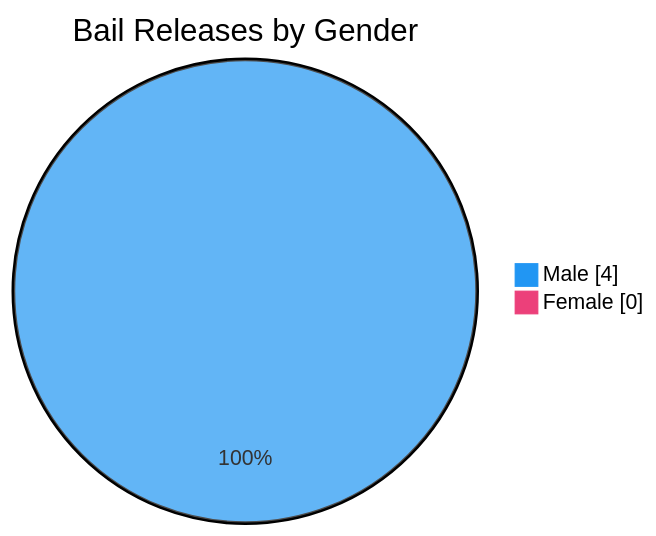
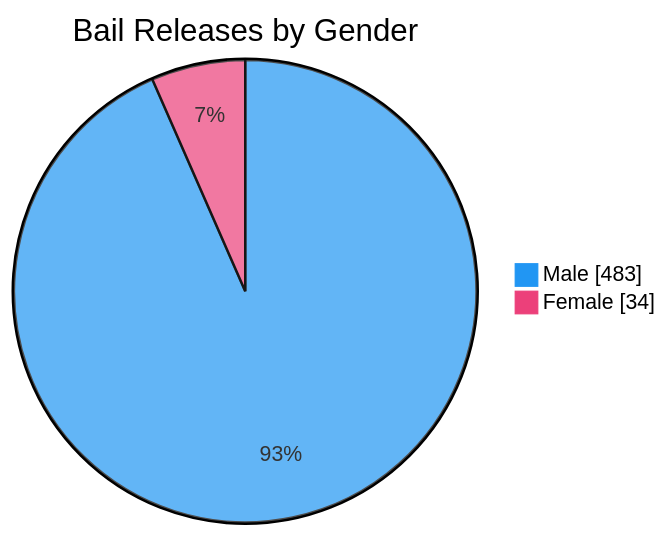
The seventh of 7 diagrams in README.md (nuuuwan/lk_prisons), drawn with Mermaid before and after one commit. The commit also changed other lines of this file and 1 other file, not shown here.

````diff
--- a/README.md
+++ b/README.md
@@ -109,6 +109,6 @@
 ```mermaid
 %%{init: {'themeVariables': {'pie1': '#2196F3', 'pie2': '#EC407A'}}}%%
 pie showData title Bail Releases by Gender
-    "Male" : 4
-    "Female" : 0
+    "Male" : 483
+    "Female" : 34
 ```
````
